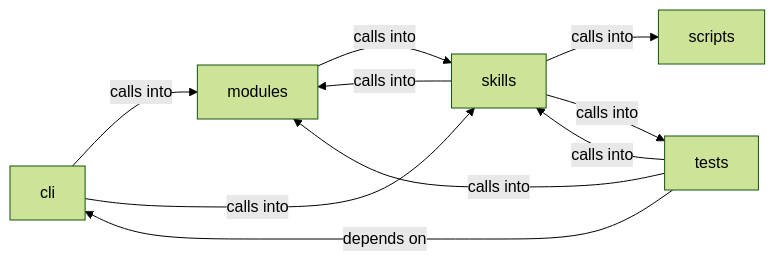
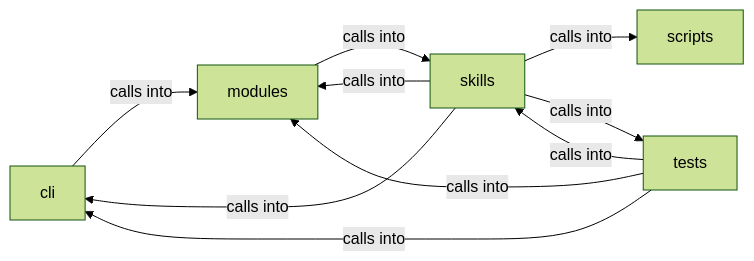
The diagram in readmenator-diagrams/skills_mcp_tools.md (grisuno/LazyOwn), drawn with Mermaid (forest theme) before and after one commit. The commit also changed other lines of this file and 508 other files, not shown here.

````diff
--- a/readmenator-diagrams/skills_mcp_tools.md
+++ b/readmenator-diagrams/skills_mcp_tools.md
@@ -5,17 +5,17 @@
 ```mermaid
 graph LR
     cli["cli"]
     modules["modules"]
     scripts["scripts"]
     skills["skills"]
     tests["tests"]
     cli -- "calls into" --> modules
-    cli -- "calls into" --> skills
     modules -- "calls into" --> skills
+    skills -- "calls into" --> cli
     skills -- "calls into" --> modules
     skills -- "calls into" --> scripts
     skills -- "calls into" --> tests
-    tests -- "depends on" --> cli
+    tests -- "calls into" --> cli
     tests -- "calls into" --> modules
     tests -- "calls into" --> skills
 ```
````
